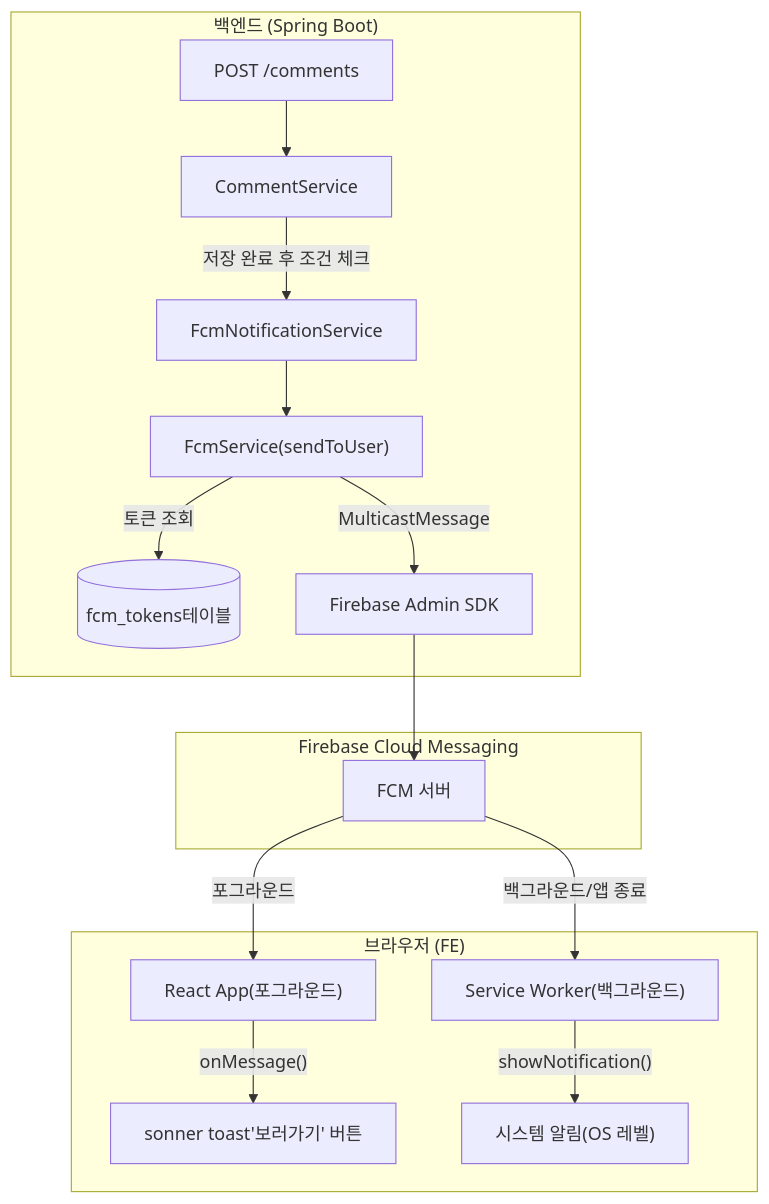
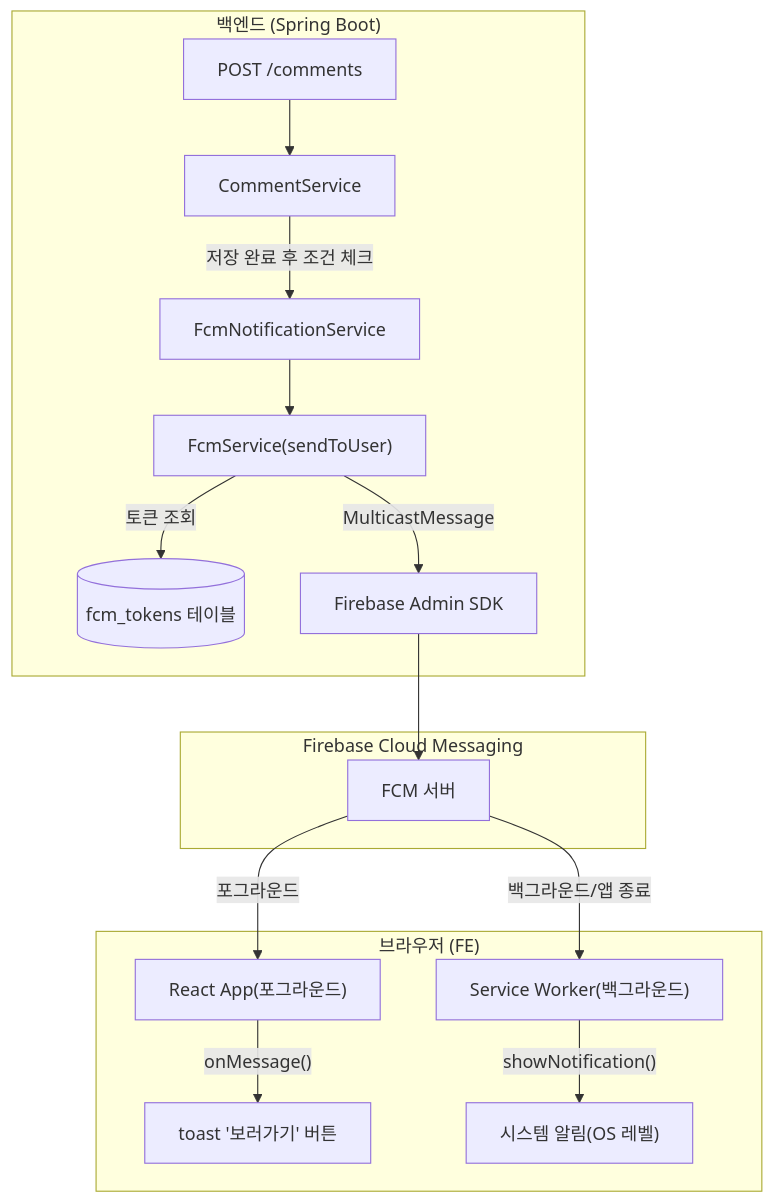
One commit to BAECHAN/link-sphere_FE_NEW changed the first of 3 diagrams in docs/FCM-PUSH-NOTIFICATION.md. Above: the diagram before and after it, drawn with Mermaid. The commit also changed other lines of this file, not shown here.

First line of the commit message:
docs: FCM-PUSH-NOTIFICATION.md를 자기완결형 13단계 형식으로 재구성 + 코드 정확성 정정

````diff
--- a/docs/FCM-PUSH-NOTIFICATION.md
+++ b/docs/FCM-PUSH-NOTIFICATION.md
@@ -28,31 +32,31 @@
 ```mermaid
 flowchart TD
   subgraph Browser["브라우저 (FE)"]
     App["React App(포그라운드)"]
     SW["Service Worker(백그라운드)"]
-    App -- "onMessage()" --> Toast["sonner toast'보러가기' 버튼"]
+    App -- "onMessage()" --> Toast["toast '보러가기' 버튼"]
     SW -- "showNotification()" --> SysNotif["시스템 알림(OS 레벨)"]
   end
 
   subgraph FCM["Firebase Cloud Messaging"]
     FCMServer["FCM 서버"]
   end
 
   subgraph BE["백엔드 (Spring Boot)"]
     CommentAPI["POST /comments"]
     CommentSvc["CommentService"]
     FcmNotiSvc["FcmNotificationService"]
     FcmSvc["FcmService(sendToUser)"]
-    FcmTokenDB[("fcm_tokens테이블")]
+    FcmTokenDB[("fcm_tokens 테이블")]
     AdminSDK["Firebase Admin SDK"]
     CommentAPI --> CommentSvc
     CommentSvc -- "저장 완료 후 조건 체크" --> FcmNotiSvc
     FcmNotiSvc --> FcmSvc
     FcmSvc -- "토큰 조회" --> FcmTokenDB
     FcmSvc -- "MulticastMessage" --> AdminSDK
   end
 
   AdminSDK --> FCMServer
   FCMServer -- "포그라운드" --> App
   FCMServer -- "백그라운드/앱 종료" --> SW
 ```
````
